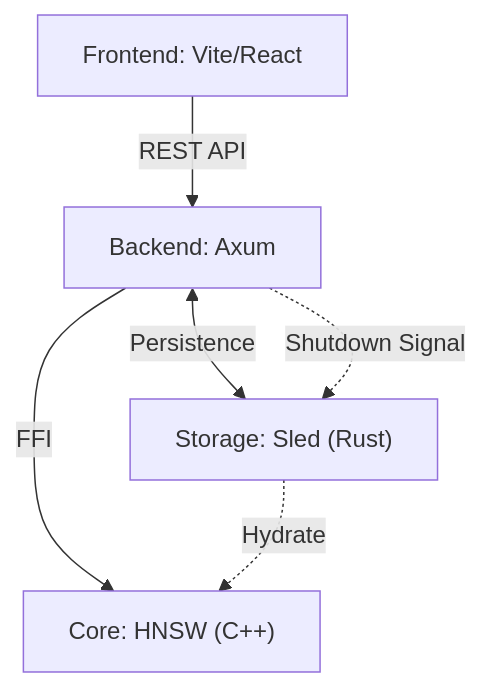
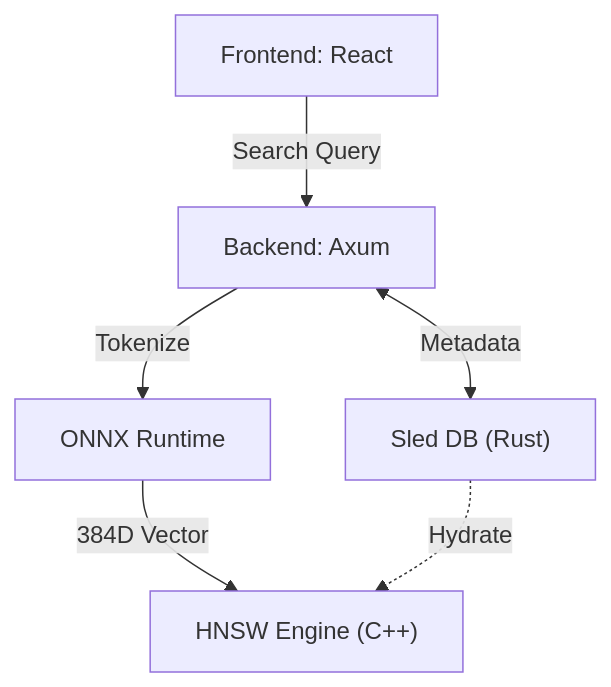
The diagram in README.md (lliusshijjie/mini-recsys), drawn with Mermaid before and after one commit. The commit also changed other lines of this file and 7 other files, not shown here.

Commit message:
Introducing a true AI model (ONNX Runtime)

````diff
--- a/README.md
+++ b/README.md
@@ -22,8 +17,8 @@
 ```mermaid
 graph TD
-    A["Frontend: Vite/React"] -->|REST API| B["Backend: Axum"]
-    B -->|FFI| C["Core: HNSW (C++)"]
-    B <-->|Persistence| D["Storage: Sled (Rust)"]
+    A["Frontend: React"] -->|Search Query| B["Backend: Axum"]
+    B -->|Tokenize| E["ONNX Runtime"]
+    E -->|384D Vector| C["HNSW Engine (C++)"]
+    B <-->|Metadata| D["Sled DB (Rust)"]
     D -.->|Hydrate| C
-    B -.->|Shutdown Signal| D
 ```
````
